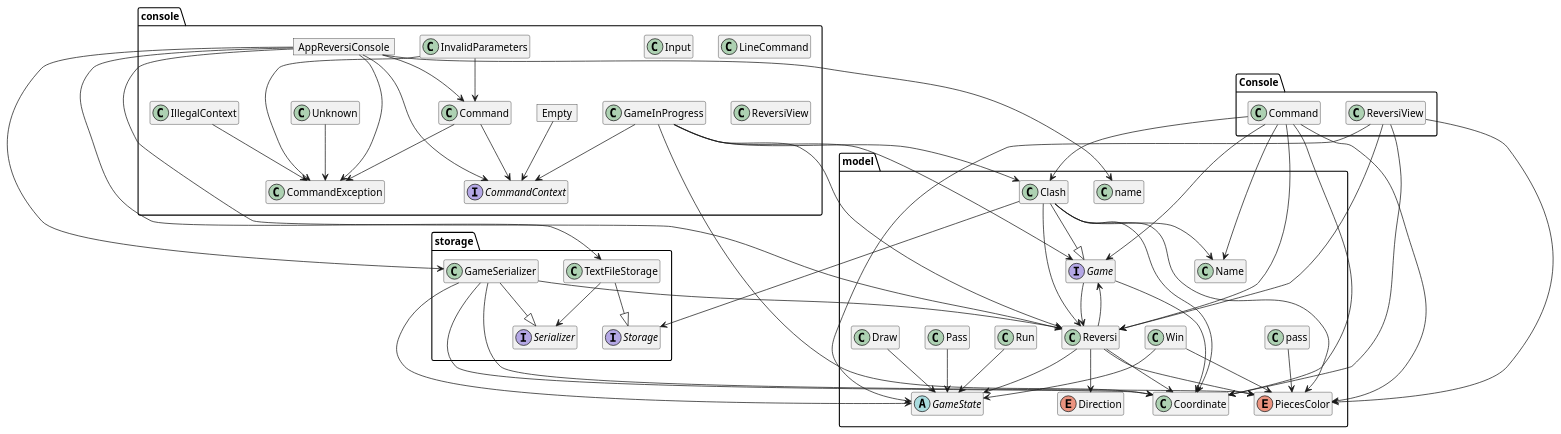
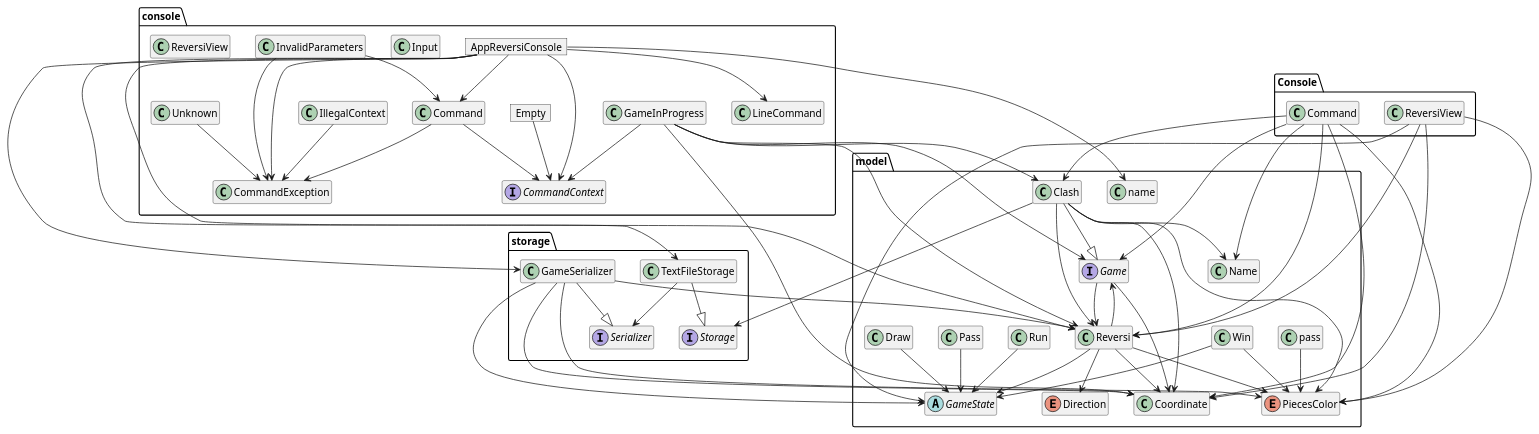
The diagram in docs/diagrams/ModelTypes.puml (gbf96/Reversi_Game), drawn with PlantUML before and after one commit.

Commit message:
PlantUML new version

```diff
--- a/docs/diagrams/ModelTypes.puml
+++ b/docs/diagrams/ModelTypes.puml
@@ -1,107 +1,108 @@
 @startuml
 
 ' https://plantuml.com/class-diagram
 
 hide empty members
 
 package console {
     object AppReversiConsole
     class Command
     interface CommandContext
     class CommandException
     object Empty
     class GameInProgress
     class IllegalContext
     class Input
     class InvalidParameters
     class LineCommand
     class Unknown
     class ReversiView
 
     AppReversiConsole --> Command
+    AppReversiConsole --> LineCommand
     AppReversiConsole --> CommandContext
     AppReversiConsole --> CommandException
     Empty --> CommandContext
     GameInProgress --> CommandContext
     IllegalContext --> CommandException
     InvalidParameters --> CommandException
     InvalidParameters --> Command
     Unknown --> CommandException
     Command --> CommandContext
     Command --> CommandException
 }
 
 package model {
     interface Game
     class Reversi
     class Clash
     class Coordinate
     enum Direction
     class Name
     enum PiecesColor
     abstract class GameState
     class Win
     class Draw
     class Run
     class Pass
 
     Clash --> Coordinate
     Clash --|> Game
     Clash --> Name
     Clash --> PiecesColor
     Clash --> Reversi
     Game --> Coordinate
     Game --> Reversi
     Draw --> GameState
     Pass --> GameState
     Run --> GameState
     Win --> GameState
     Reversi --> Coordinate
     Reversi --> Direction
     Reversi --> Game
     Reversi --> GameState
     Reversi --> PiecesColor
 
 }
 
 package storage {
     interface Storage
     interface Serializer
     class TextFileStorage
     class GameSerializer
 
     TextFileStorage --|> Storage
     GameSerializer --|> Serializer
     TextFileStorage --> Serializer
 }
 
 console.AppReversiConsole --> model.name
 console.AppReversiConsole --> model.Reversi
 console.AppReversiConsole --> storage.GameSerializer
 console.AppReversiConsole --> storage.TextFileStorage
 console.GameInProgress --> model.Clash
 console.GameInProgress --> model.Coordinate
 console.GameInProgress --> model.Game
 console.GameInProgress --> model.Reversi
 Console.Command --> model.Clash
 Console.Command --> model.Coordinate
 Console.Command --> model.Game
 Console.Command --> model.Name
 Console.Command --> model.PiecesColor
 Console.Command --> model.Reversi
 Console.ReversiView --> model.Coordinate
 Console.ReversiView --> model.GameState
 Console.ReversiView --> model.PiecesColor
 Console.ReversiView --> model.Reversi
 
 
 model.Clash --> storage.Storage
 model.Win --> model.PiecesColor
 model.pass --> model.PiecesColor
 
 storage.GameSerializer --> model.Coordinate
 storage.GameSerializer --> model.GameState
 storage.GameSerializer --> model.PiecesColor
 storage.GameSerializer --> model.Reversi
 
 @enduml
```
